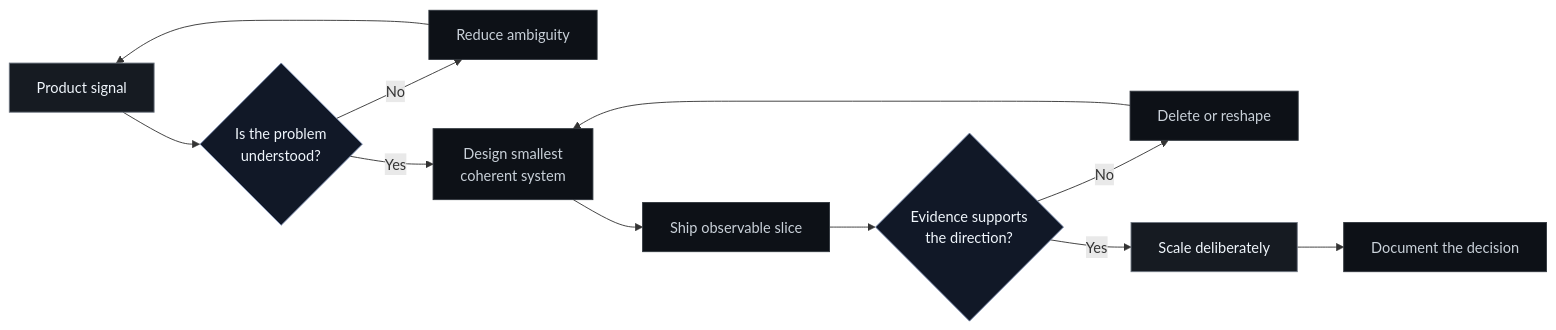
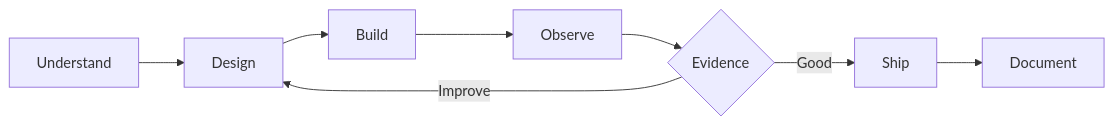
One commit to NatanaelSijabat/NatanaelSijabat changed the diagram in README.md. Above: the diagram before and after it, drawn with Mermaid. The commit also changed other lines of this file, not shown here.

````diff
--- a/README.md
+++ b/README.md
@@ -118,20 +234,10 @@
 ```mermaid
 flowchart LR
-    A[Product signal] --> B{Is the problem\nunderstood?}
-    B -- No --> C[Reduce ambiguity]
-    C --> A
-    B -- Yes --> D[Design smallest\ncoherent system]
-    D --> E[Ship observable slice]
-    E --> F{Evidence supports\nthe direction?}
-    F -- No --> G[Delete or reshape]
-    G --> D
-    F -- Yes --> H[Scale deliberately]
-    H --> I[Document the decision]
-
-    classDef signal fill:#161b22,stroke:#6e7681,color:#f0f6fc
-    classDef decision fill:#111827,stroke:#7d8fb3,color:#f0f6fc
-    classDef action fill:#0d1117,stroke:#30363d,color:#c9d1d9
-    class A,H signal
-    class B,F decision
-    class C,D,E,G,I action
+    A[Understand] --> B[Design]
+    B --> C[Build]
+    C --> D[Observe]
+    D --> E{Evidence}
+    E -- Improve --> B
+    E -- Good --> F[Ship]
+    F --> G[Document]
 ```
````
